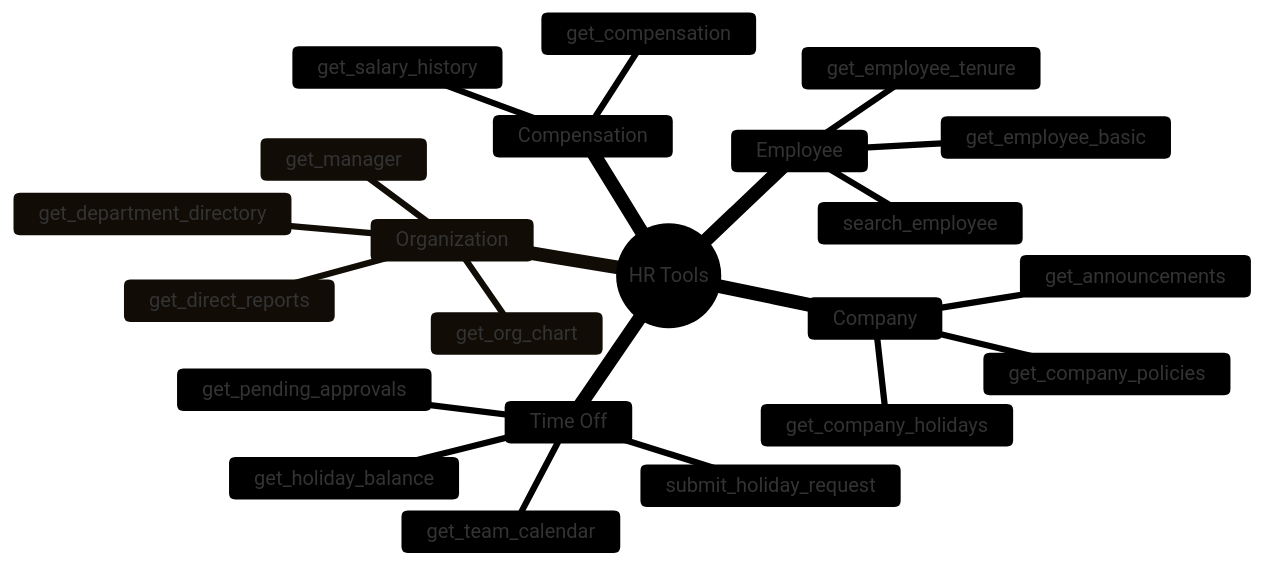
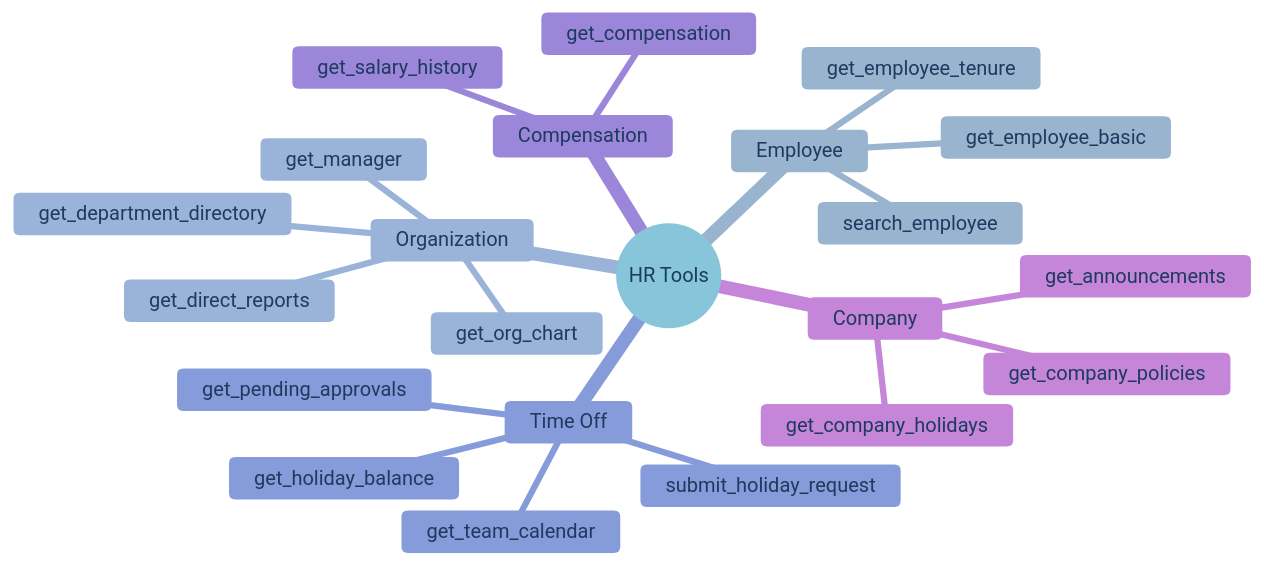
The third of 3 diagrams in README.md (ruthvik-jeev/hr-agent), drawn with Mermaid before and after one commit. The commit also changed other lines of this file and 5 other files, not shown here.

First line of the commit message:
fix: improve diagram text visibility with dark text colors

````diff
--- a/README.md
+++ b/README.md
@@ -176,27 +176,27 @@
 ```mermaid
-%%{init: {'theme': 'base', 'themeVariables': { 'primaryColor': '#1e3a5f', 'lineColor': '#3d5a80'}}}%%
+%%{init: {'theme': 'base', 'themeVariables': { 'primaryColor': '#e8f4f8', 'primaryTextColor': '#1e3a5f', 'primaryBorderColor': '#1e3a5f', 'lineColor': '#3d5a80', 'secondaryColor': '#f0f4f8', 'tertiaryColor': '#f7f9fc'}}}%%
 
 mindmap
   root((HR Tools))
     Employee
       search_employee
       get_employee_basic
       get_employee_tenure
     Organization
       get_manager
       get_direct_reports
       get_org_chart
       get_department_directory
     Time Off
       get_holiday_balance
       submit_holiday_request
       get_pending_approvals
       get_team_calendar
     Compensation
       get_compensation
       get_salary_history
     Company
       get_company_policies
       get_announcements
       get_company_holidays
 ```
````
